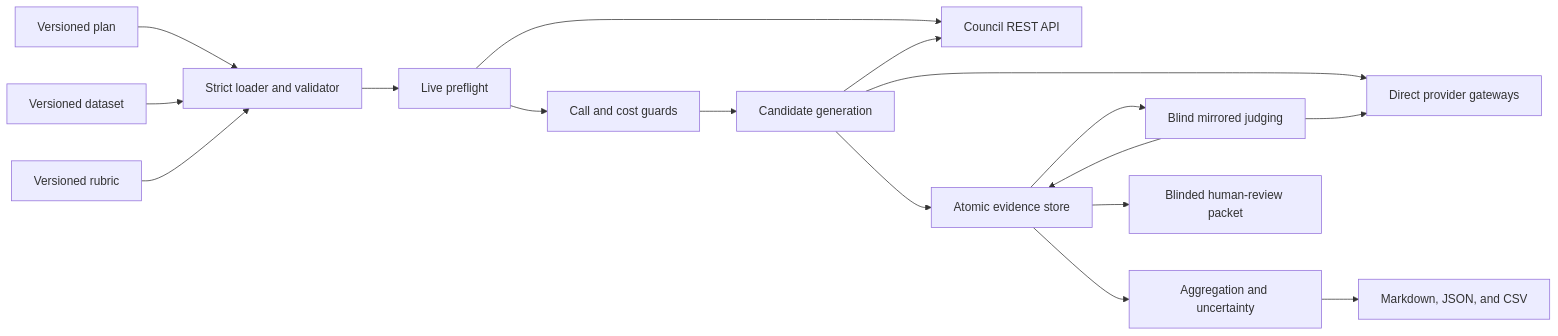
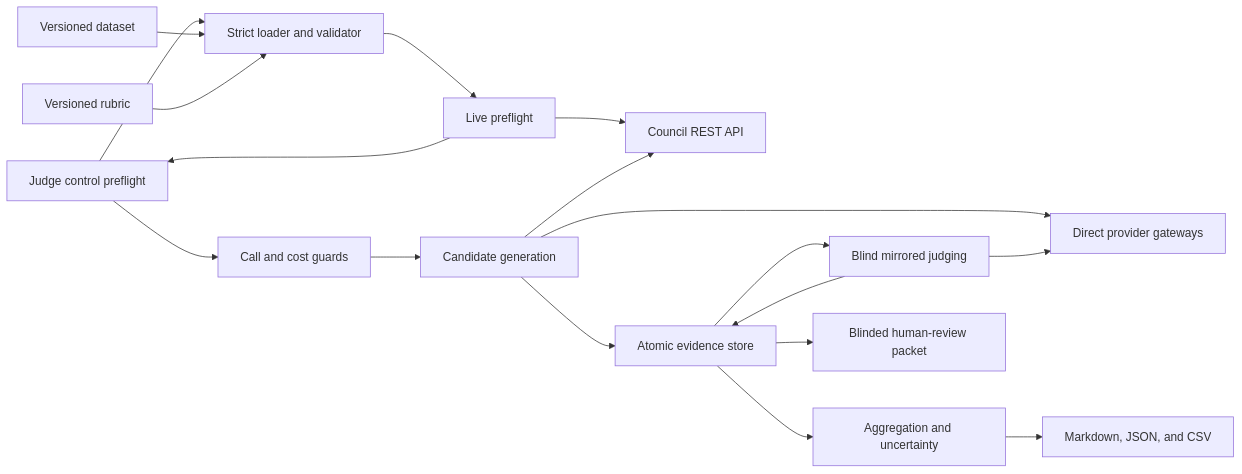
One commit to debopampoddar/llm-council-evaluation changed the diagram in docs/architecture.md. Above: the diagram before and after it, drawn with Mermaid. The commit also changed other lines of this file and 16 other files, not shown here.

First line of the commit message:
feat: add judge preflight and Ollama structured-output safeguards

````diff
--- a/docs/architecture.md
+++ b/docs/architecture.md
@@ -17,19 +17,20 @@
 ```mermaid
 flowchart LR
   P["Versioned plan"] --> V["Strict loader and validator"]
   D["Versioned dataset"] --> V
   R["Versioned rubric"] --> V
   V --> F["Live preflight"]
   F --> C["Council REST API"]
-  F --> B["Call and cost guards"]
+  F --> P["Judge control preflight"]
+  P --> B["Call and cost guards"]
   B --> G["Candidate generation"]
   G --> C
   G --> M["Direct provider gateways"]
   G --> S["Atomic evidence store"]
   S --> J["Blind mirrored judging"]
   J --> M
   J --> S
   S --> A["Aggregation and uncertainty"]
   A --> O["Markdown, JSON, and CSV"]
   S --> H["Blinded human-review packet"]
 ```
````
